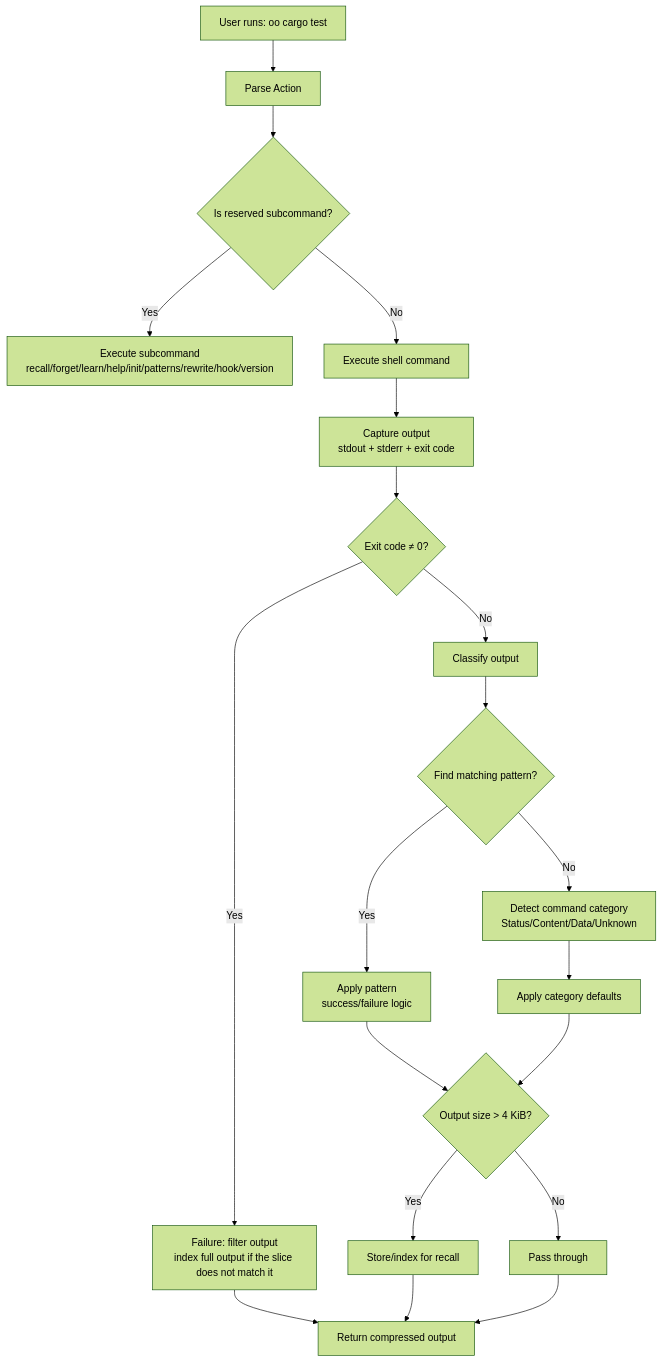
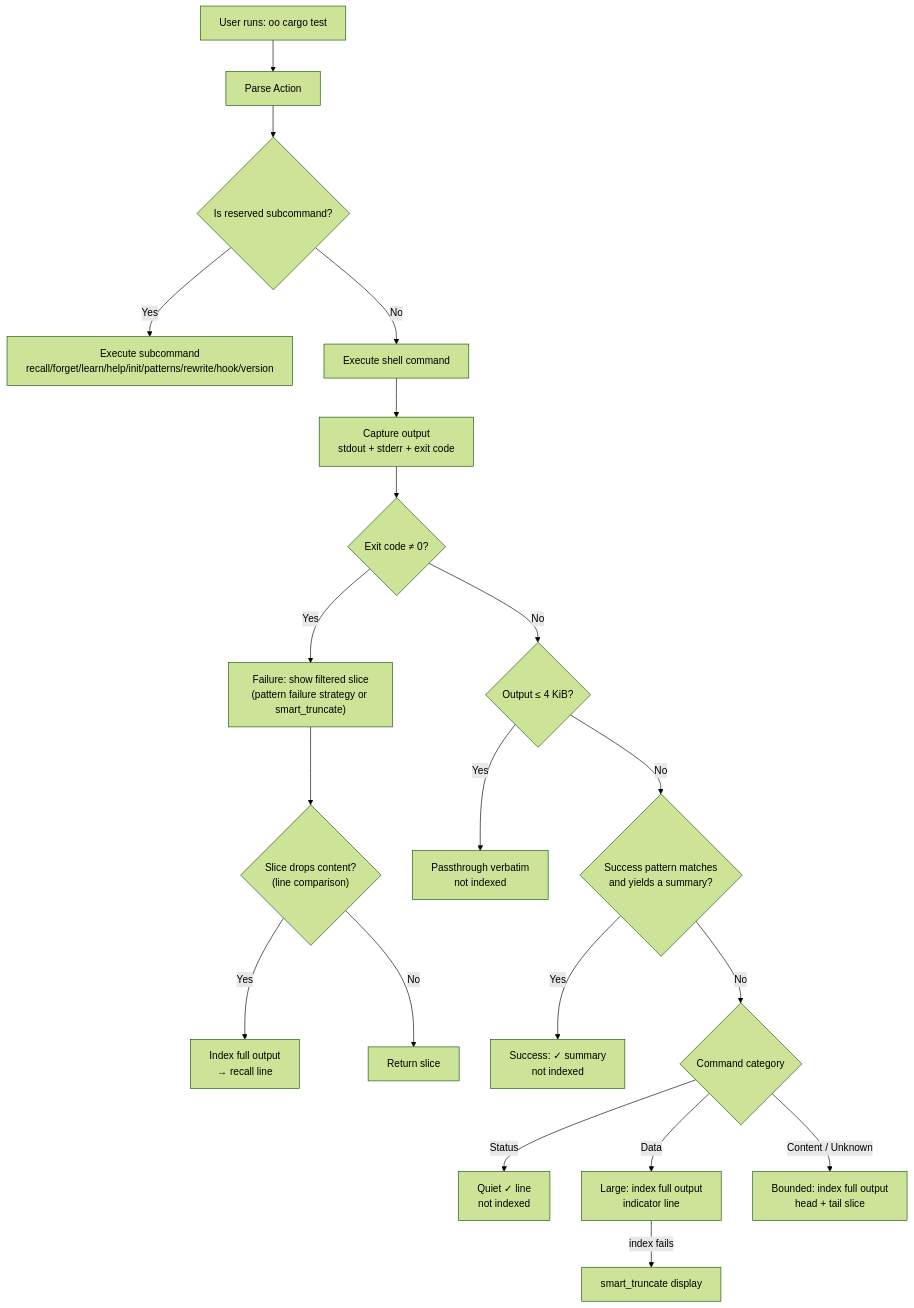
The diagram in docs/architecture.md (randomm/oo), drawn with Mermaid (forest theme) before and after one commit.

Commit message:
docs(#185): redraw architecture flow to match classify order

````diff
--- a/docs/architecture.md
+++ b/docs/architecture.md
@@ -9,22 +9,22 @@
 ```mermaid
 flowchart TD
     A[User runs: oo cargo test] --> B[Parse Action]
     B --> C{Is reserved subcommand?}
     C -->|Yes| D[Execute subcommand<br/>recall/forget/learn/help/init/patterns/rewrite/hook/version]
     C -->|No| E[Execute shell command]
     E --> F[Capture output<br/>stdout + stderr + exit code]
     F --> X{Exit code ≠ 0?}
-    X -->|Yes| FL[Failure: filter output<br/>index full output if the slice does not match it]
-    FL --> O
-    X -->|No| G[Classify output]
-    G --> H{Find matching pattern?}
-    H -->|Yes| I[Apply pattern<br/>success/failure logic]
-    H -->|No| J[Detect command category<br/>Status/Content/Data/Unknown]
-    J --> K[Apply category defaults]
-    I --> L{Output size > 4 KiB?}
-    K --> L
-    L -->|Yes| M[Store/index for recall]
-    L -->|No| N[Pass through]
-    M --> O[Return compressed output]
-    N --> O
+    X -->|Yes| FL["Failure: show filtered slice<br/>(pattern failure strategy or smart_truncate)"]
+    FL --> FI{"Slice drops content?<br/>(line comparison)"}
+    FI -->|Yes| FX["Index full output<br/>→ recall line"]
+    FI -->|No| FN[Return slice]
+    X -->|No| S{"Output ≤ 4 KiB?"}
+    S -->|Yes| P["Passthrough verbatim<br/>not indexed"]
+    S -->|No| G{"Success pattern matches<br/>and yields a summary?"}
+    G -->|Yes| SU["Success: ✓ summary<br/>not indexed"]
+    G -->|No| J{Command category}
+    J -->|Status| ST["Quiet ✓ line<br/>not indexed"]
+    J -->|Data| LA["Large: index full output<br/>indicator line"]
+    LA -->|index fails| LT["smart_truncate display"]
+    J -->|Content / Unknown| BO["Bounded: index full output<br/>head + tail slice"]
 ```
````
